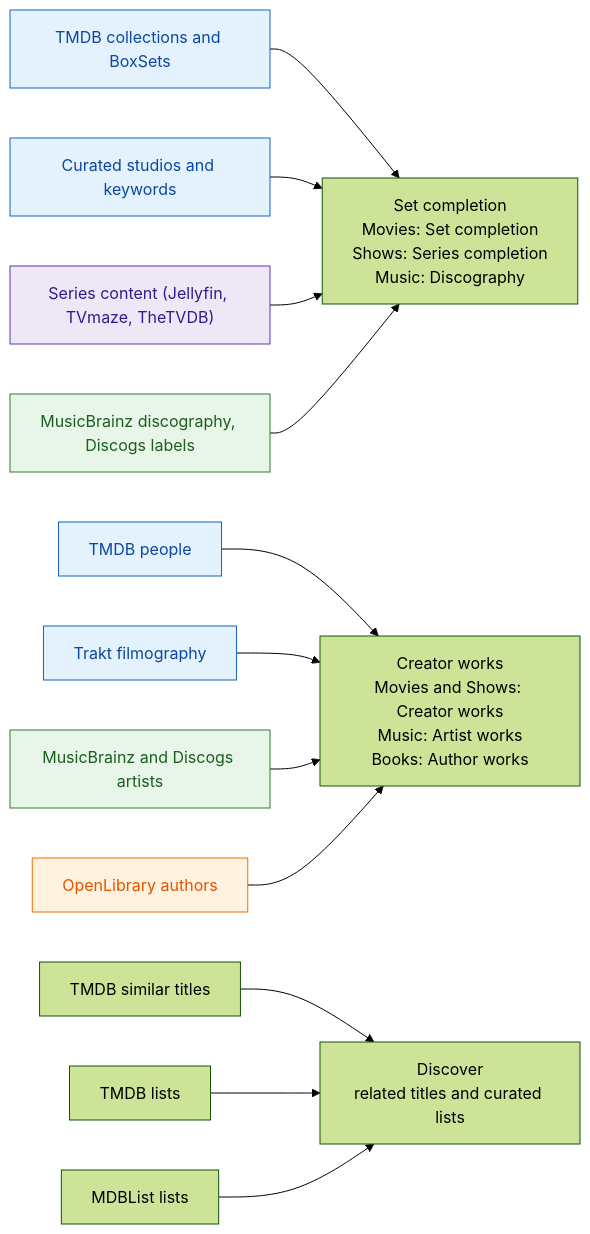
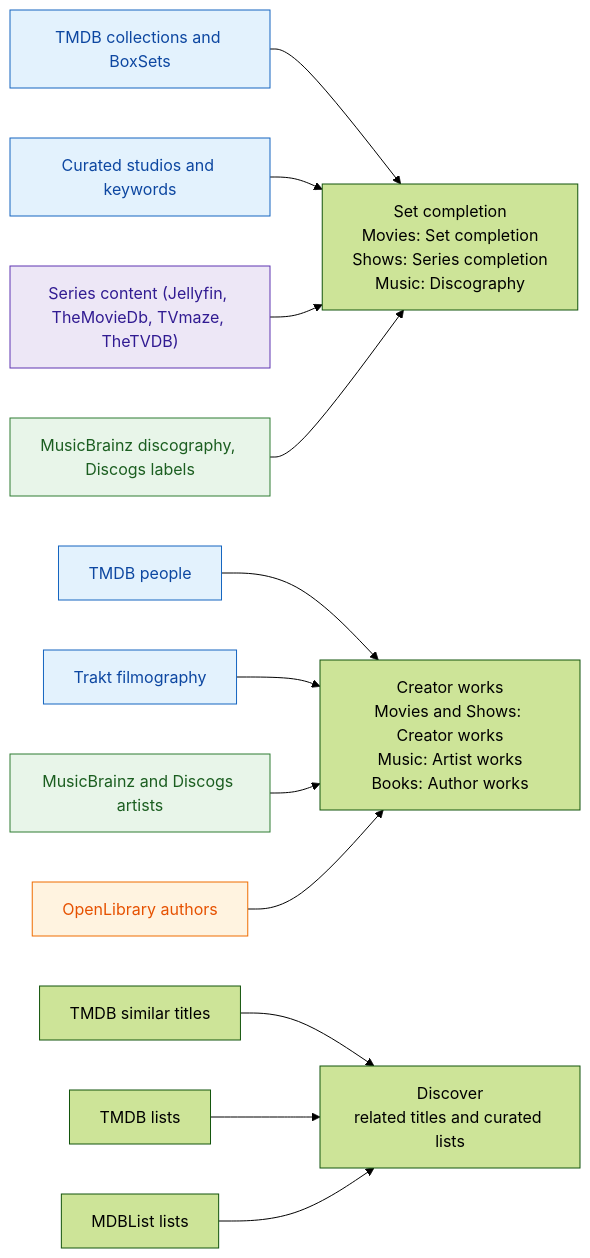
Before and after one commit to IDisposable/jellyfin-plugin-mindthegaps: the first of 2 diagrams in README.md, drawn with Mermaid (forest theme). The commit also changed other lines of this file and 6 other files, not shown here.

````diff
--- a/README.md
+++ b/README.md
@@ -46,25 +46,25 @@
 ```mermaid
 flowchart LR
     classDef movies fill:#e3f2fd,stroke:#1565c0,color:#0d47a1;
     classDef shows fill:#ede7f6,stroke:#5e35b1,color:#311b92;
     classDef music fill:#e8f5e9,stroke:#2e7d32,color:#1b5e20;
     classDef books fill:#fff3e0,stroke:#ef6c00,color:#e65100;
 
     col["TMDB collections and BoxSets"]:::movies --> SET
     cur["Curated studios and keywords"]:::movies --> SET
-    ser["Series content (Jellyfin, TVmaze, TheTVDB)"]:::shows --> SET
+    ser["Series content (Jellyfin, TheMovieDb, TVmaze, TheTVDB)"]:::shows --> SET
     mbd["MusicBrainz discography, Discogs labels"]:::music --> SET
 
     ppl["TMDB people"]:::movies --> CRE
     trk["Trakt filmography"]:::movies --> CRE
     art["MusicBrainz and Discogs artists"]:::music --> CRE
     aut["OpenLibrary authors"]:::books --> CRE
 
     sim["TMDB similar titles"] --> DIS
     tli["TMDB lists"] --> DIS
     mli["MDBList lists"] --> DIS
 
     SET["Set completion<br/>Movies: Set completion<br/>Shows: Series completion<br/>Music: Discography"]
     CRE["Creator works<br/>Movies and Shows: Creator works<br/>Music: Artist works<br/>Books: Author works"]
     DIS["Discover<br/>related titles and curated lists"]
 ```
````
